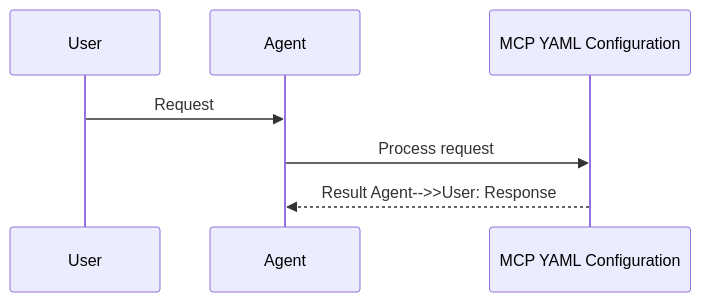
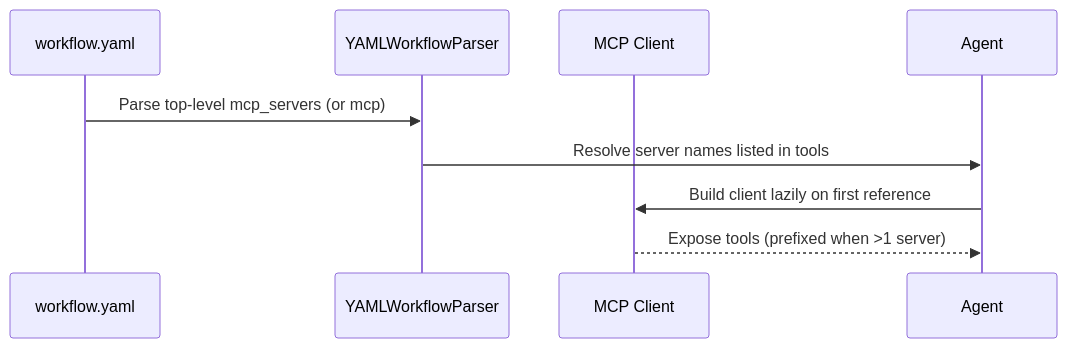
Before and after one commit to MervinPraison/PraisonAIDocs: the second of 2 diagrams in docs/features/mcp-yaml-config.mdx, drawn with Mermaid. The commit also changed other lines of this file, not shown here.

Commit message:
docs(mcp): update mcp-yaml-config for workflow mcp_servers, remote HTTP, and CLI helpers (#5107)

````diff
--- a/docs/features/mcp-yaml-config.mdx
+++ b/docs/features/mcp-yaml-config.mdx
@@ -40,10 +68,12 @@
 ```mermaid
 sequenceDiagram
-    participant User
+    participant YAML as workflow.yaml
+    participant Parser as YAMLWorkflowParser
+    participant MCP as MCP Client
     participant Agent
-    participant Feature as MCP YAML Configuration
 
-    User->>Agent: Request
-    Agent->>Feature: Process request
-    Feature-->>Agent: Result    Agent-->>User: Response
+    YAML->>Parser: Parse top-level mcp_servers (or mcp)
+    Parser->>Agent: Resolve server names listed in tools
+    Agent->>MCP: Build client lazily on first reference
+    MCP-->>Agent: Expose tools (prefixed when >1 server)
 ```
````
